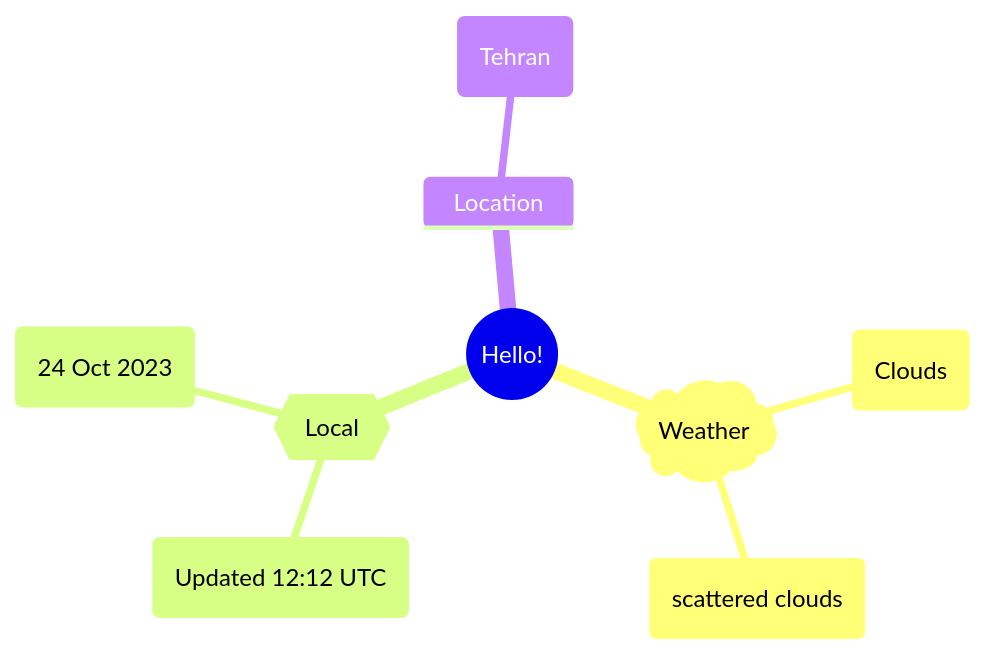
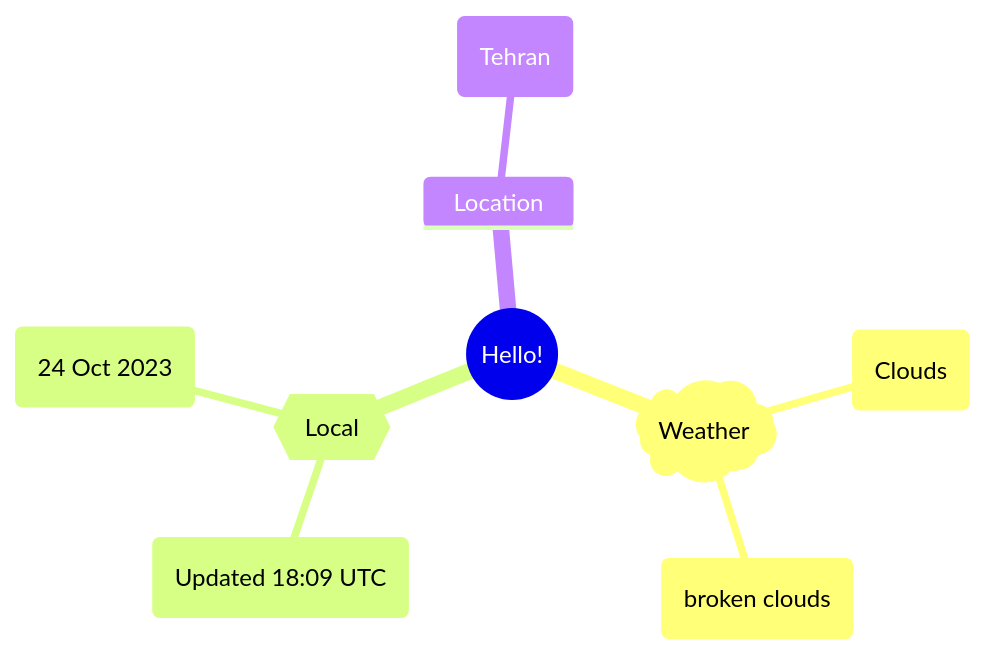
The first of 2 diagrams in README.md (Xosrov/Xosrov), drawn with Mermaid before and after one commit.

Commit message:
[bot] updated images

````diff
--- a/README.md
+++ b/README.md
@@ -3,12 +3,12 @@
 ```mermaid
 mindmap
   root((Hello!))
     )Weather(
         (Clouds)
-        (scattered clouds)
+        (broken clouds)
     {{Local}}
-        (Updated 12:12 UTC)
+        (Updated 18:09 UTC)
         (24 Oct 2023)
     Location
         (Tehran)
 ```
````
